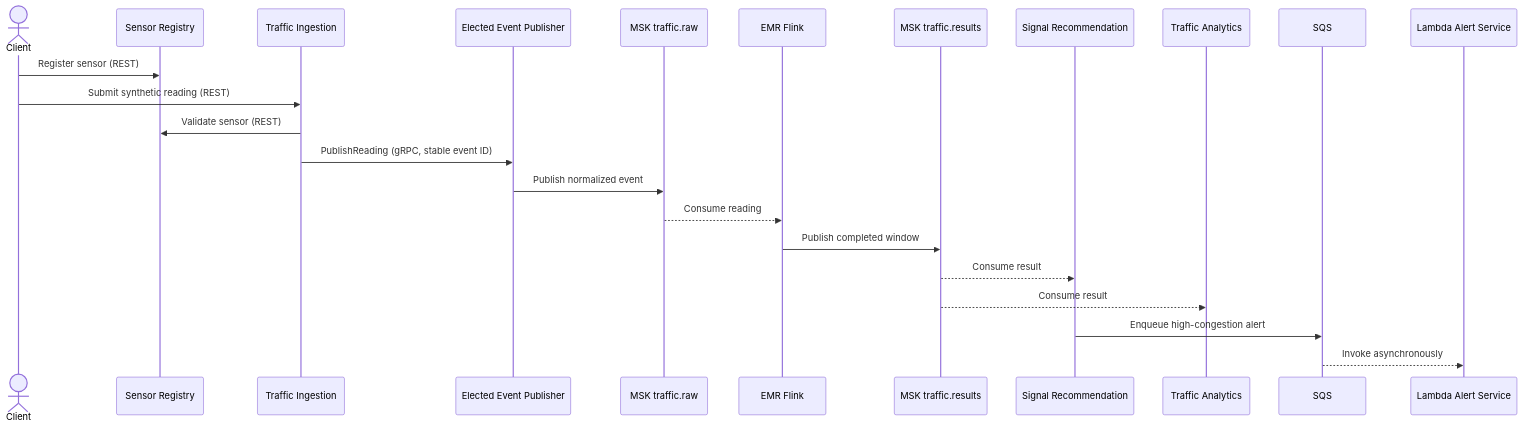
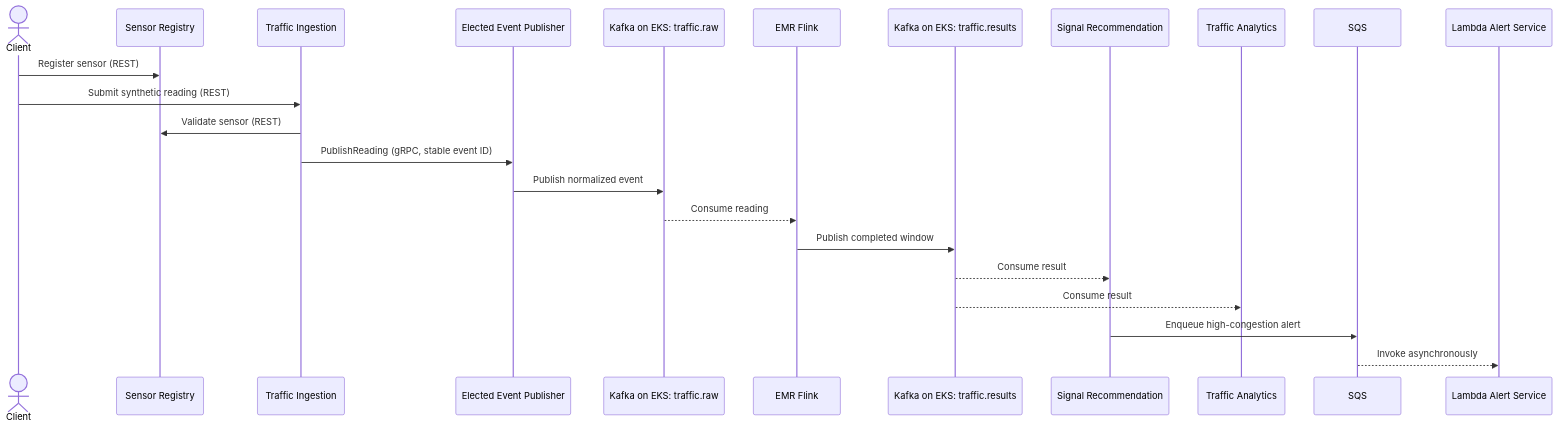
Before and after one commit to harshwankhade/Smart-Traffic-Management: the third of 3 diagrams in docs/DESIGN_DOCUMENT.md, drawn with Mermaid. The commit also changed other lines of this file and 41 other files, not shown here.

````diff
--- a/docs/DESIGN_DOCUMENT.md
+++ b/docs/DESIGN_DOCUMENT.md
@@ -92,25 +92,25 @@
 ```mermaid
 sequenceDiagram
     actor Client
     participant Registry as Sensor Registry
     participant Ingestion as Traffic Ingestion
     participant Publisher as Elected Event Publisher
-    participant Raw as MSK traffic.raw
+    participant Raw as Kafka on EKS: traffic.raw
     participant Flink as EMR Flink
-    participant Results as MSK traffic.results
+    participant Results as Kafka on EKS: traffic.results
     participant Rec as Signal Recommendation
     participant Analytics as Traffic Analytics
     participant Queue as SQS
     participant Alert as Lambda Alert Service
     Client->>Registry: Register sensor (REST)
     Client->>Ingestion: Submit synthetic reading (REST)
     Ingestion->>Registry: Validate sensor (REST)
     Ingestion->>Publisher: PublishReading (gRPC, stable event ID)
     Publisher->>Raw: Publish normalized event
     Raw-->>Flink: Consume reading
     Flink->>Results: Publish completed window
     Results-->>Rec: Consume result
     Results-->>Analytics: Consume result
     Rec->>Queue: Enqueue high-congestion alert
     Queue-->>Alert: Invoke asynchronously
 ```
````
